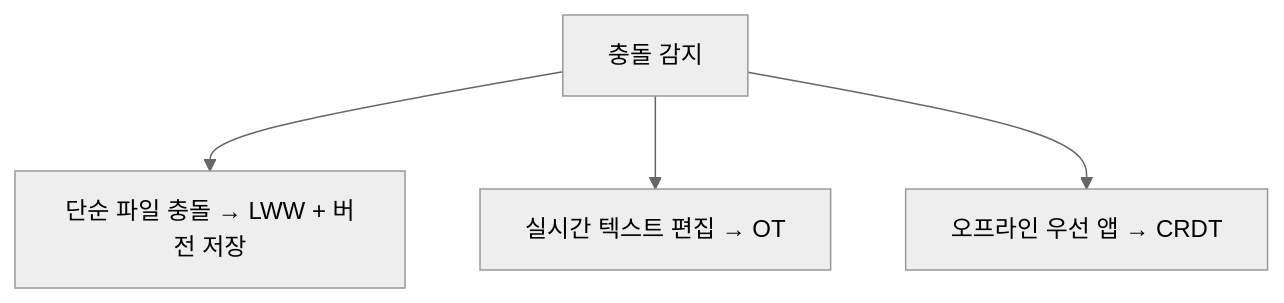
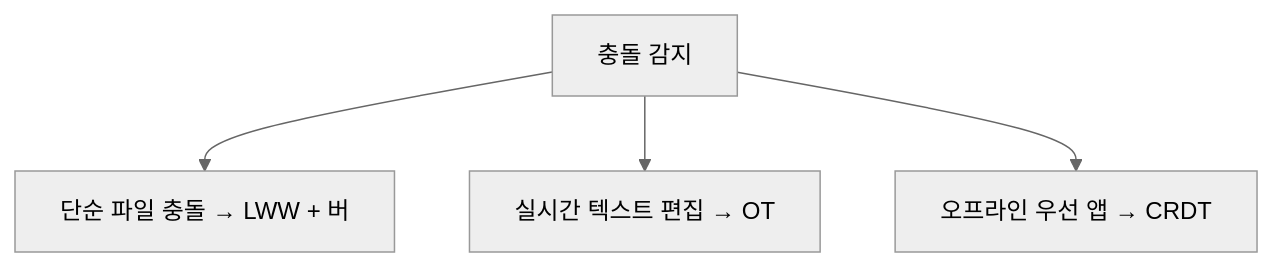
Before and after one commit to yjkim2015/yjkim2015.github.io: the fourth of 8 diagrams in _posts/systemdesign/2026-05-03-system-design-file-storage.md, drawn with Mermaid (neutral theme). The commit also changed other lines of this file and 271 other files, not shown here.

First line of the commit message:
Mermaid 라벨 축소: 긴 노드 텍스트 18자 이하로 트림 + \n 제거

````diff
--- a/_posts/systemdesign/2026-05-03-system-design-file-storage.md
+++ b/_posts/systemdesign/2026-05-03-system-design-file-storage.md
@@ -254,10 +254,10 @@
 ```mermaid
 flowchart TD
     CONFLICT["충돌 감지"]
-    LWW["단순 파일 충돌 → LWW + 버전 저장"]
+    LWW["단순 파일 충돌 → LWW + 버"]
     OT["실시간 텍스트 편집 → OT"]
     CRDT["오프라인 우선 앱 → CRDT"]
     CONFLICT --> LWW
     CONFLICT --> OT
     CONFLICT --> CRDT
 ```
````
